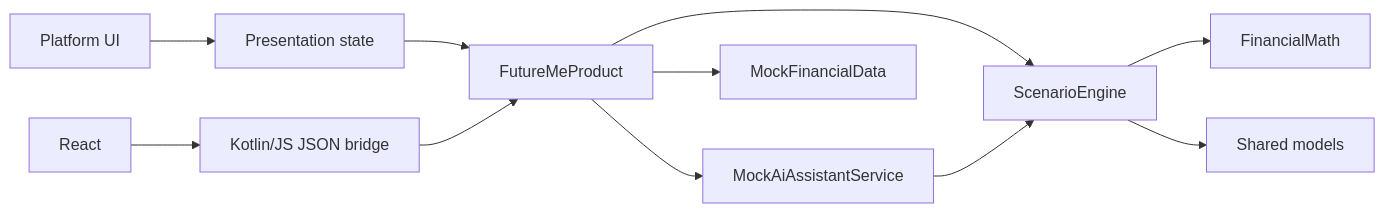
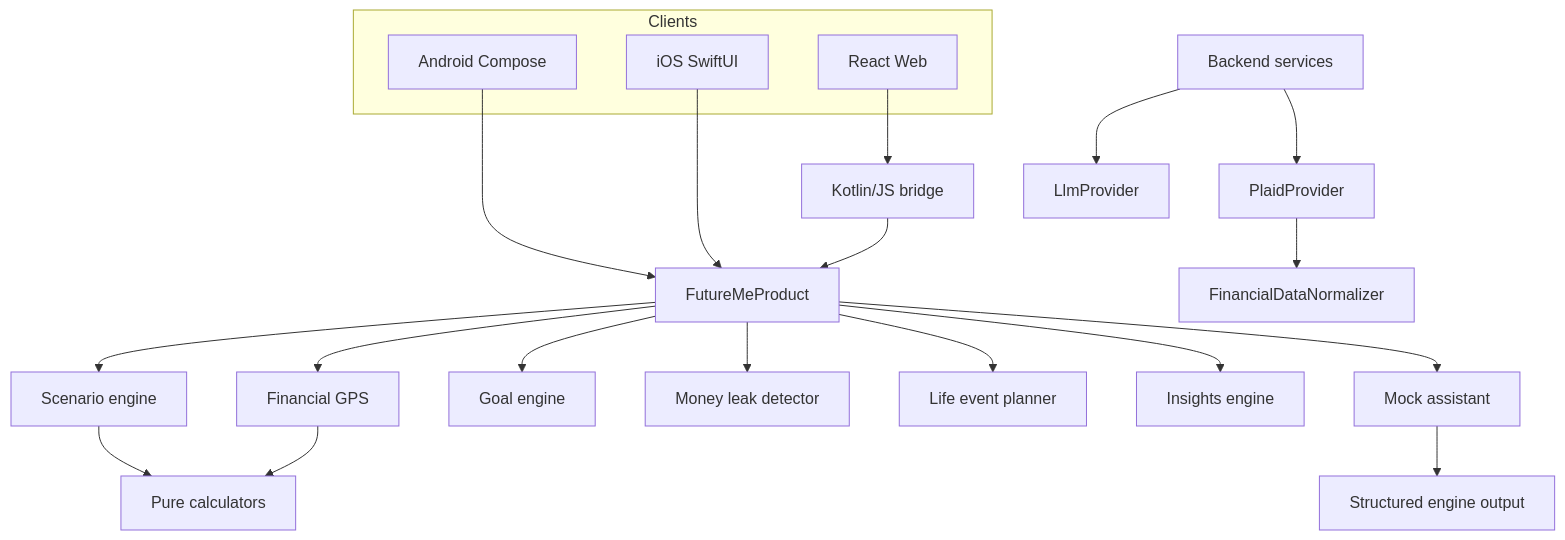
One commit to sagrawal2418/futureme-financial-ai changed the diagram in docs/architecture.md. Above: the diagram before and after it, drawn with Mermaid. The commit also changed other lines of this file and 23 other files, not shown here.

Commit message:
feat: add backend provider architecture and v2 docs

````diff
--- a/docs/architecture.md
+++ b/docs/architecture.md
@@ -26,12 +30,28 @@
 ```mermaid
-flowchart LR
-    UI["Platform UI"] --> VM["Presentation state"]
-    VM --> FACADE["FutureMeProduct"]
-    FACADE --> ENGINE["ScenarioEngine"]
-    FACADE --> AI["MockAiAssistantService"]
-    FACADE --> DATA["MockFinancialData"]
-    ENGINE --> MATH["FinancialMath"]
-    ENGINE --> MODELS["Shared models"]
-    AI --> ENGINE
-    WEB["React"] --> JSON["Kotlin/JS JSON bridge"] --> FACADE
+flowchart TB
+    subgraph Clients
+        A["Android Compose"]
+        I["iOS SwiftUI"]
+        W["React Web"]
+    end
+
+    A --> P["FutureMeProduct"]
+    I --> P
+    W --> J["Kotlin/JS bridge"] --> P
+
+    P --> S["Scenario engine"]
+    P --> G["Financial GPS"]
+    P --> GO["Goal engine"]
+    P --> M["Money leak detector"]
+    P --> L["Life event planner"]
+    P --> IN["Insights engine"]
+    P --> AI["Mock assistant"]
+
+    S --> C["Pure calculators"]
+    G --> C
+    AI --> OUT["Structured engine output"]
+
+    B["Backend services"] --> LP["LlmProvider"]
+    B --> PP["PlaidProvider"]
+    PP --> N["FinancialDataNormalizer"]
 ```
````
